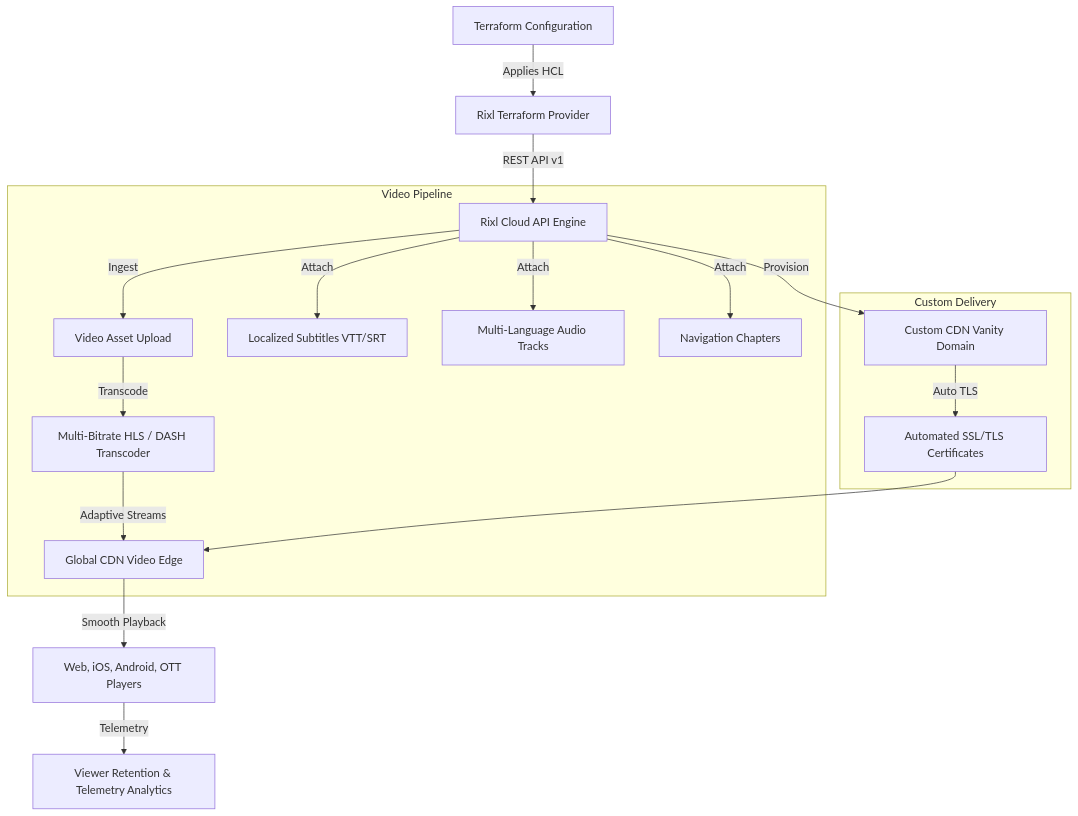
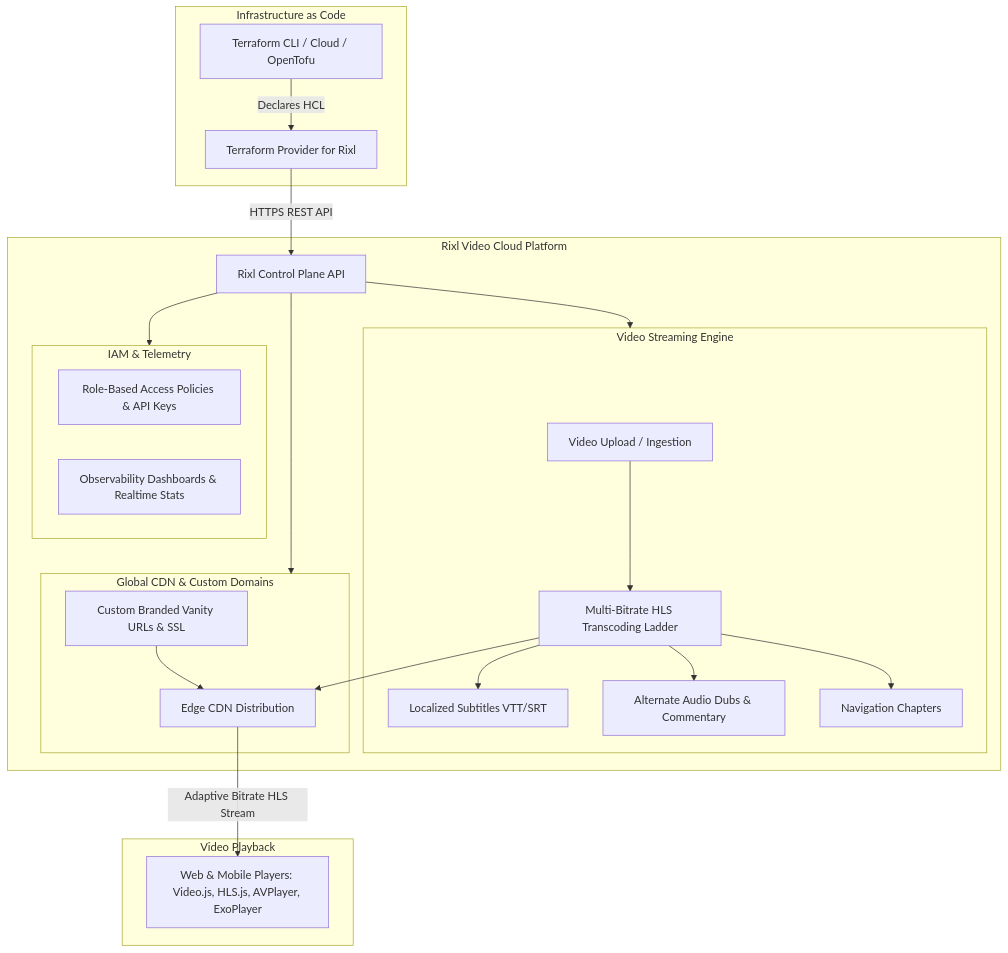
The diagram in README.md (rixlhq/terraform-provider-rixl), drawn with Mermaid before and after one commit. The commit also changed other lines of this file and 20 other files, not shown here.

Commit message:
fix(docs): synchronize guide code examples, resource schemas, and cross-references (#40)

````diff
--- a/README.md
+++ b/README.md
@@ -52,23 +38,46 @@
 ```mermaid
 graph TD
-    TF[Terraform Configuration] -->|Applies HCL| Provider[Rixl Terraform Provider]
-    Provider -->|REST API v1| RixlAPI[Rixl Cloud API Engine]
-
-    subgraph Video Pipeline
-        RixlAPI -->|Ingest| Ingest[Video Asset Upload]
-        Ingest -->|Transcode| Engine[Multi-Bitrate HLS / DASH Transcoder]
-        Engine -->|Adaptive Streams| CDN[Global CDN Video Edge]
-        RixlAPI -->|Attach| Subs[Localized Subtitles VTT/SRT]
-        RixlAPI -->|Attach| Audio[Multi-Language Audio Tracks]
-        RixlAPI -->|Attach| Chaps[Navigation Chapters]
+    subgraph Infrastructure_as_Code [Infrastructure as Code]
+        TF[Terraform CLI / Cloud / OpenTofu]
+        PRV[Terraform Provider for Rixl]
+        TF -->|Declares HCL| PRV
     end
 
-    subgraph Custom Delivery
-        RixlAPI -->|Provision| Domain[Custom CDN Vanity Domain]
-        Domain -->|Auto TLS| SSL[Automated SSL/TLS Certificates]
-        SSL --> CDN
+    subgraph Rixl_Cloud_Platform [Rixl Video Cloud Platform]
+        API[Rixl Control Plane API]
+        PRV -->|HTTPS REST API| API
+        
+        subgraph Media_Pipeline [Video Streaming Engine]
+            Ingest[Video Upload / Ingestion]
+            Transcoder[Multi-Bitrate HLS Transcoding Ladder]
+            Subtitles[Localized Subtitles VTT/SRT]
+            AudioTracks[Alternate Audio Dubs & Commentary]
+            Chapters[Navigation Chapters]
+            Ingest --> Transcoder
+            Transcoder --> Subtitles
+            Transcoder --> AudioTracks
+            Transcoder --> Chapters
+        end
+
+        subgraph Edge_Delivery [Global CDN & Custom Domains]
+            CDN[Edge CDN Distribution]
+            Domain[Custom Branded Vanity URLs & SSL]
+            Transcoder --> CDN
+            Domain --> CDN
+        end
+
+        subgraph Security_Observability [IAM & Telemetry]
+            IAM[Role-Based Access Policies & API Keys]
+            Dashboards[Observability Dashboards & Realtime Stats]
+        end
+
+        API --> Media_Pipeline
+        API --> Edge_Delivery
+        API --> Security_Observability
     end
 
-    CDN -->|Smooth Playback| Player[Web, iOS, Android, OTT Players]
-    Player -->|Telemetry| Analytics[Viewer Retention & Telemetry Analytics]
+    subgraph Client_Players [Video Playback]
+        HLSPlayer[Web & Mobile Players: Video.js, HLS.js, AVPlayer, ExoPlayer]
+        CDN -->|Adaptive Bitrate HLS Stream| HLSPlayer
+    end
 ```
````
